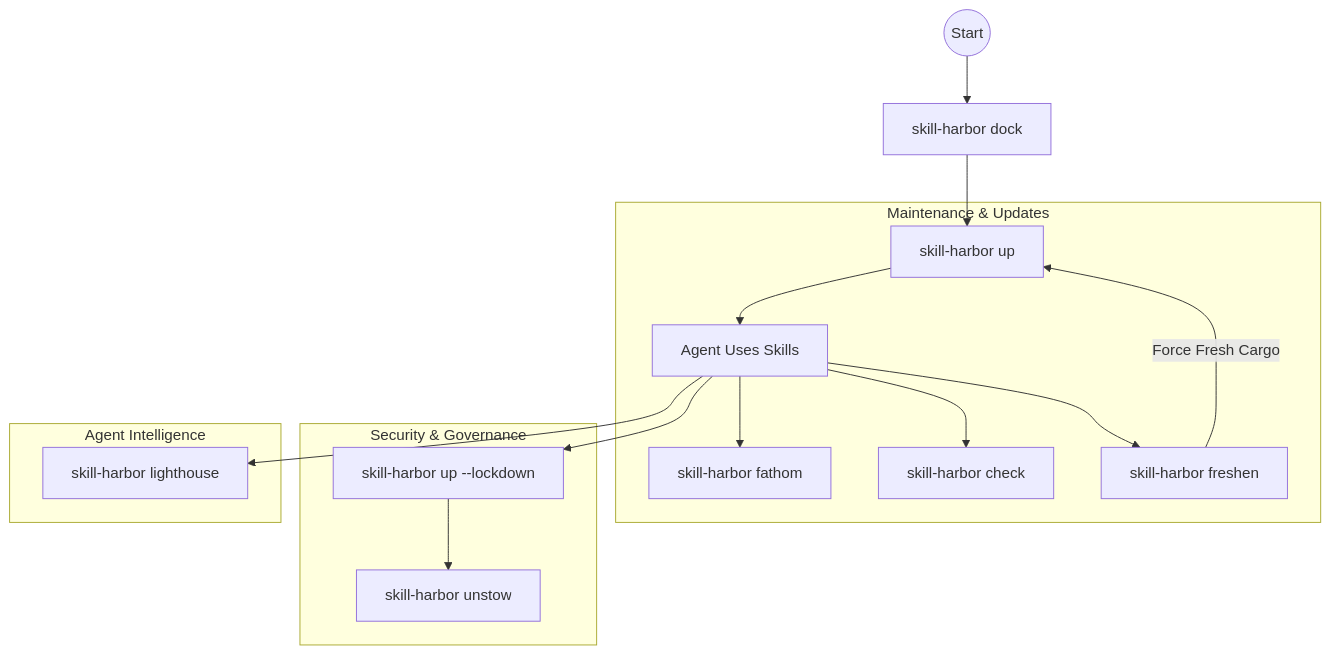
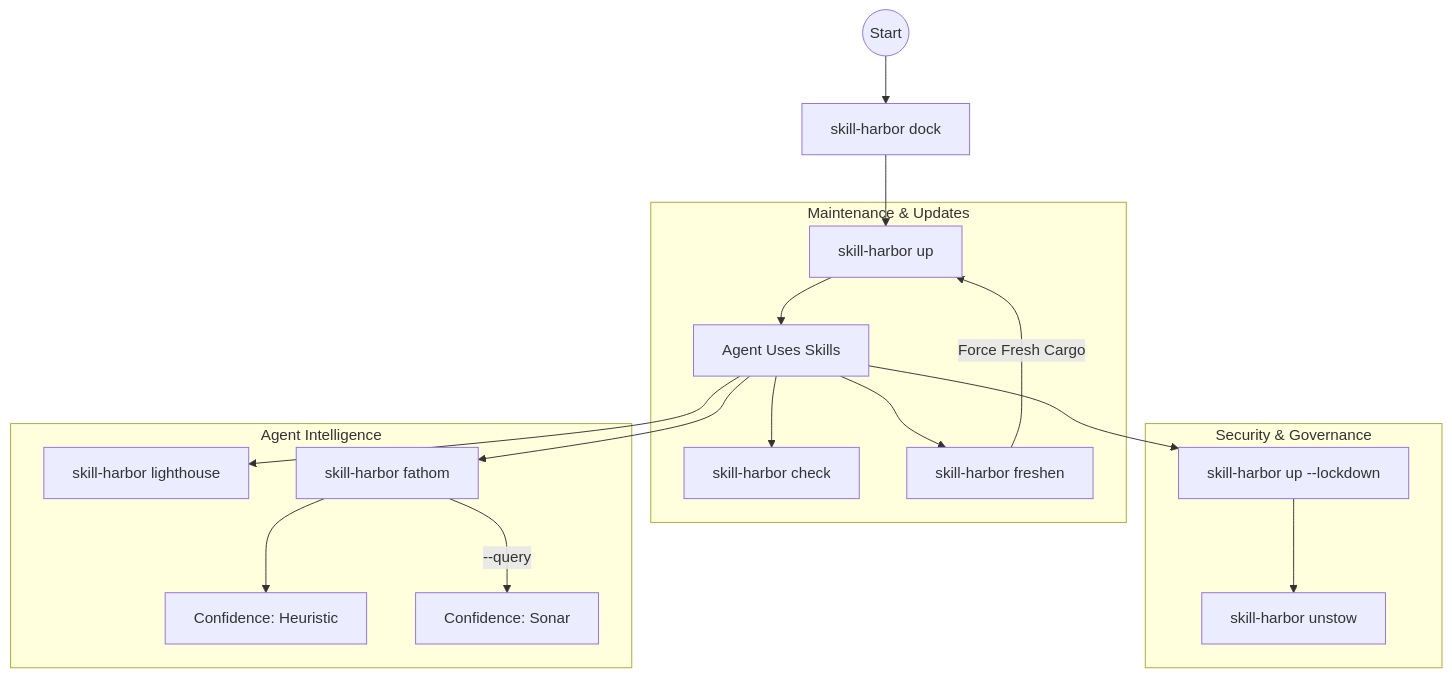
Before and after one commit to johntimothybailey/skill-harbor: the diagram in README.md, drawn with Mermaid. The commit also changed other lines of this file and 24 other files, not shown here.

````diff
--- a/README.md
+++ b/README.md
@@ -42,22 +42,24 @@
 ```mermaid
 graph TD
     Start((Start)) --> Dock[skill-harbor dock]
     Dock --> Up[skill-harbor up]
     Up --> Use[Agent Uses Skills]
     
     subgraph "Maintenance & Updates"
-    Use --> Fathom[skill-harbor fathom]
     Use --> Check[skill-harbor check]
     Use --> Freshen[skill-harbor freshen]
     Freshen -- "Force Fresh Cargo" --> Up
     end
     
     subgraph "Security & Governance"
     Use --> Lockdown[skill-harbor up --lockdown]
     Lockdown --> Unstow[skill-harbor unstow]
     end
     
     subgraph "Agent Intelligence"
     Use --> Light[skill-harbor lighthouse]
+    Use --> Fathom[skill-harbor fathom]
+    Fathom --> Heuristic[Confidence: Heuristic]
+    Fathom -- "--query" --> Sonar[Confidence: Sonar]
     end
 ```
````
